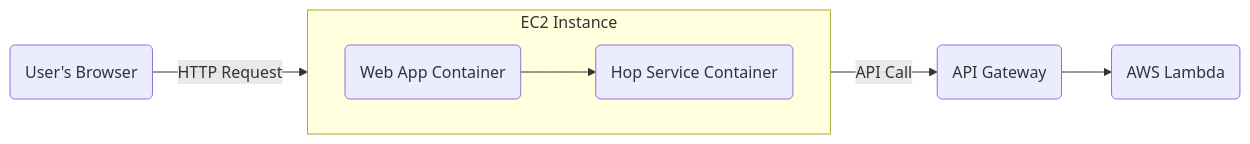
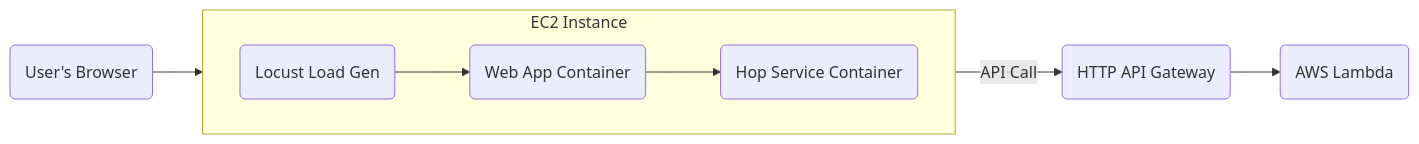
Before and after one commit to newrelic/demo-apps: the diagram in apm-lambda-convergence/README.md, drawn with Mermaid. The commit also changed other lines of this file and 3 other files, not shown here.

````diff
--- a/apm-lambda-convergence/README.md
+++ b/apm-lambda-convergence/README.md
@@ -12,10 +12,11 @@
 ```mermaid
 graph LR;
-    A(User's Browser) -->|HTTP Request|B(EC2 Host);
+    A(User's Browser) --> C;
     subgraph B [EC2 Instance]
         direction LR
         C(Web App Container) --> D(Hop Service Container);
+        E(Locust Load Gen) --> C
     end
-    D --> |API Call| E(API Gateway);
-    E --> F(AWS Lambda);
+    D --> |API Call| F(HTTP API Gateway);
+    F --> G(AWS Lambda);
 ```
````
